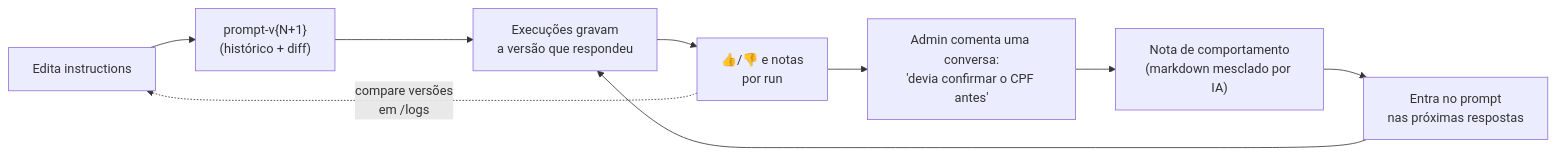
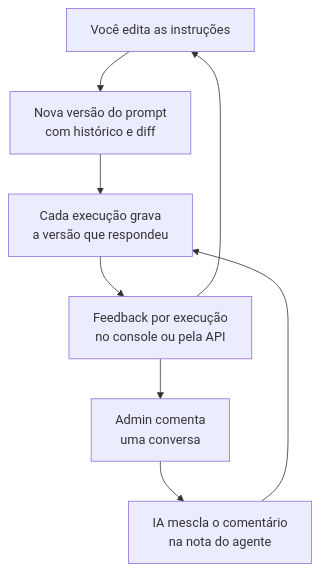
Before and after one commit to Arthur-Marques-IA/microservice_agents: the third of 6 diagrams in README.md, drawn with Mermaid. The commit also changed other lines of this file, not shown here.

First line of the commit message:
docs: conserta diagramas do README e foca a CLI em uv run kuro

````diff
--- a/README.md
+++ b/README.md
@@ -175,11 +173,10 @@
 ```mermaid
-flowchart LR
-    E["Edita instructions"] --> V["prompt-v{N+1}<br/>(histórico + diff)"]
-    V --> R["Execuções gravam<br/>a versão que respondeu"]
-    R --> S["👍/👎 e notas<br/>por run"]
-    S --> F["Admin comenta uma conversa:<br/>'devia confirmar o CPF antes'"]
-    F --> N["Nota de comportamento<br/>(markdown mesclado por IA)"]
-    N --> P["Entra no prompt<br/>nas próximas respostas"]
-    P --> R
-    S -. "compare versões<br/>em /logs" .-> E
+flowchart TB
+    E["Você edita as instruções"] --> V["Nova versão do prompt<br/>com histórico e diff"]
+    V --> R["Cada execução grava<br/>a versão que respondeu"]
+    R --> S["Feedback por execução<br/>no console ou pela API"]
+    S --> F["Admin comenta<br/>uma conversa"]
+    F --> N["IA mescla o comentário<br/>na nota do agente"]
+    N --> R
+    S --> E
 ```
````
